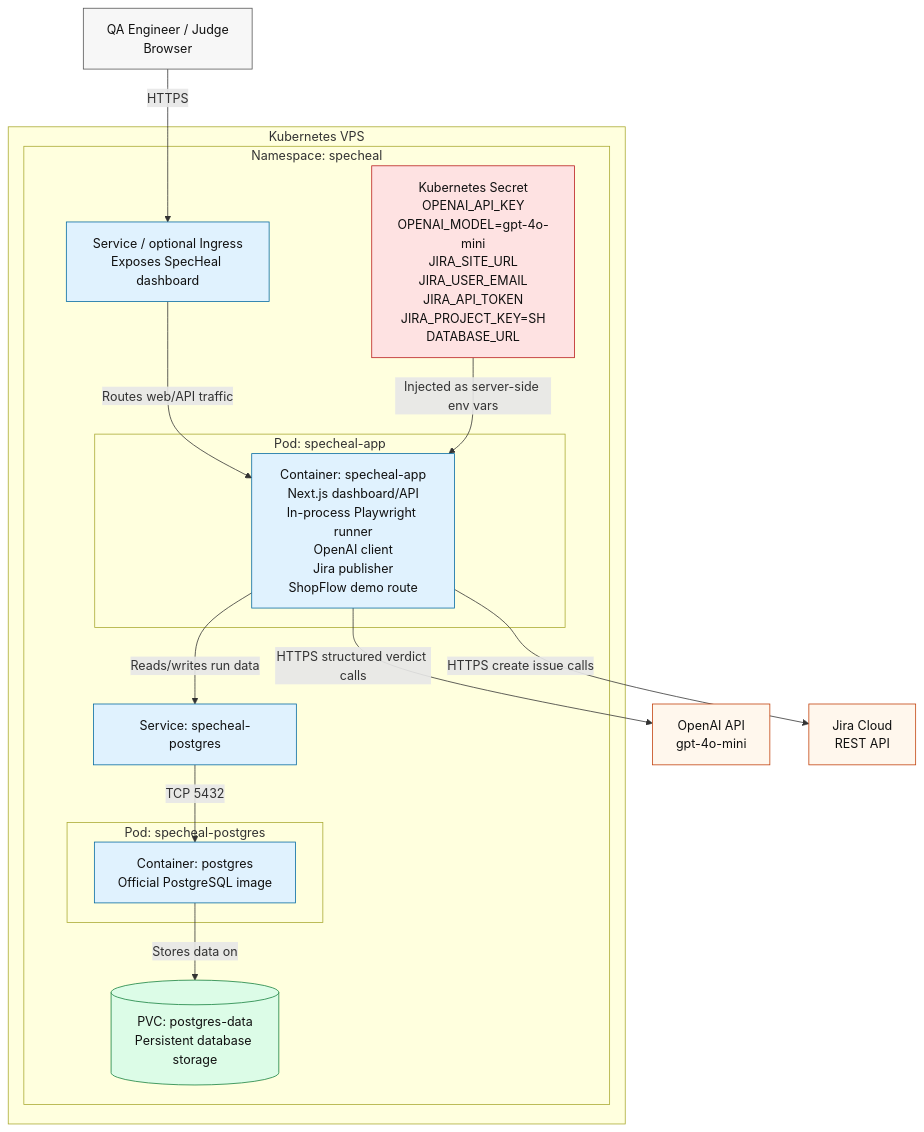
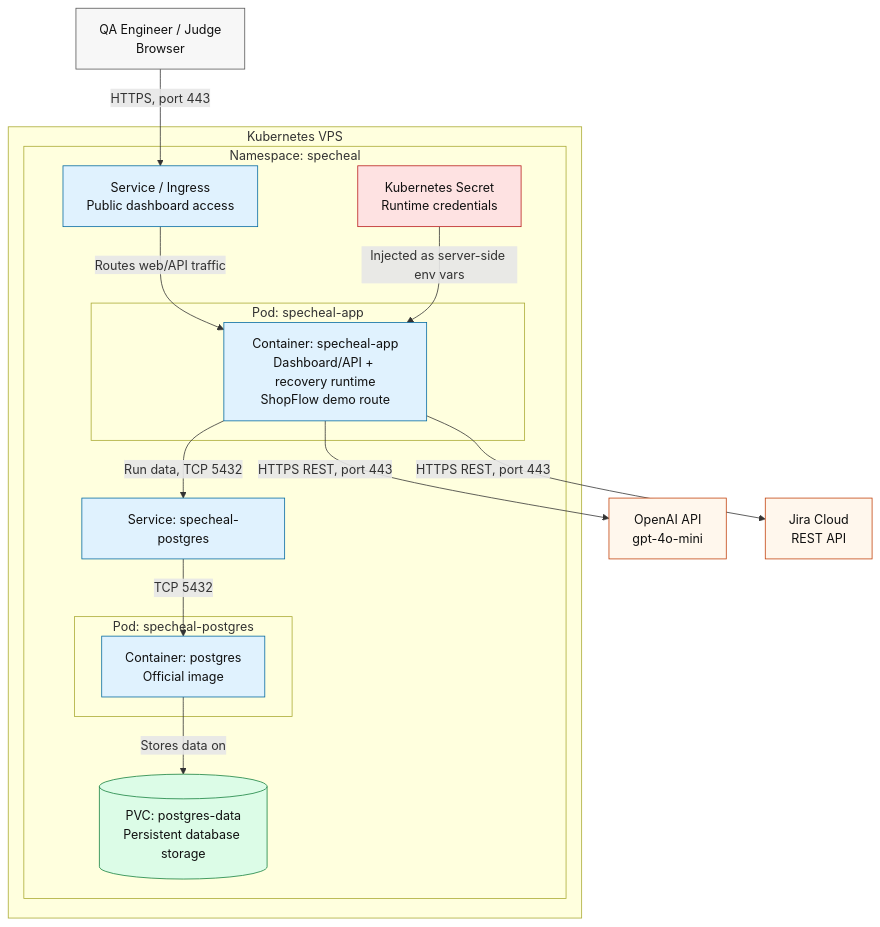
Before and after one commit to antech2-async/SpecHeal: the sixth of 6 diagrams in docs/architecture-c4.md, drawn with Mermaid. The commit also changed other lines of this file and 2 other files, not shown here.

Commit message:
docs: refine C4 architecture diagrams

````diff
--- a/docs/architecture-c4.md
+++ b/docs/architecture-c4.md
@@ -236,48 +276,48 @@
 ```mermaid
 flowchart TB
   user["QA Engineer / Judge<br/>Browser"]
 
   subgraph cluster["Kubernetes VPS"]
     subgraph ns["Namespace: specheal"]
-      ingress["Service / optional Ingress<br/>Exposes SpecHeal dashboard"]
+      ingress["Service / Ingress<br/>Public dashboard access"]
 
       subgraph appPod["Pod: specheal-app"]
-        appContainer["Container: specheal-app<br/>Next.js dashboard/API<br/>In-process Playwright runner<br/>OpenAI client<br/>Jira publisher<br/>ShopFlow demo route"]
+        appContainer["Container: specheal-app<br/>Dashboard/API + recovery runtime<br/>ShopFlow demo route"]
       end
 
-      secret["Kubernetes Secret<br/>OPENAI_API_KEY<br/>OPENAI_MODEL=gpt-4o-mini<br/>JIRA_SITE_URL<br/>JIRA_USER_EMAIL<br/>JIRA_API_TOKEN<br/>JIRA_PROJECT_KEY=SH<br/>DATABASE_URL"]
+      secret["Kubernetes Secret<br/>Runtime credentials"]
 
       pgService["Service: specheal-postgres"]
 
       subgraph pgPod["Pod: specheal-postgres"]
-        pgContainer["Container: postgres<br/>Official PostgreSQL image"]
+        pgContainer["Container: postgres<br/>Official image"]
       end
 
       pvc[("PVC: postgres-data<br/>Persistent database storage")]
     end
   end
 
   openai["OpenAI API<br/>gpt-4o-mini"]
   jira["Jira Cloud<br/>REST API"]
 
-  user -->|"HTTPS"| ingress
+  user -->|"HTTPS, port 443"| ingress
   ingress -->|"Routes web/API traffic"| appContainer
   secret -->|"Injected as server-side env vars"| appContainer
-  appContainer -->|"Reads/writes run data"| pgService
+  appContainer -->|"Run data, TCP 5432"| pgService
   pgService -->|"TCP 5432"| pgContainer
   pgContainer -->|"Stores data on"| pvc
-  appContainer -->|"HTTPS structured verdict calls"| openai
-  appContainer -->|"HTTPS create issue calls"| jira
+  appContainer -->|"HTTPS REST, port 443"| openai
+  appContainer -->|"HTTPS REST, port 443"| jira
 
   classDef user fill:#f7f7f7,stroke:#555,color:#111;
   classDef kube fill:#e0f2fe,stroke:#0369a1,color:#111;
   classDef secret fill:#fee2e2,stroke:#b91c1c,color:#111;
   classDef datastore fill:#dcfce7,stroke:#15803d,color:#111;
   classDef external fill:#fff7ed,stroke:#c2410c,color:#111;
 
   class user user;
   class ingress,appContainer,pgService,pgContainer kube;
   class secret secret;
   class pvc datastore;
   class openai,jira external;
 ```
````
